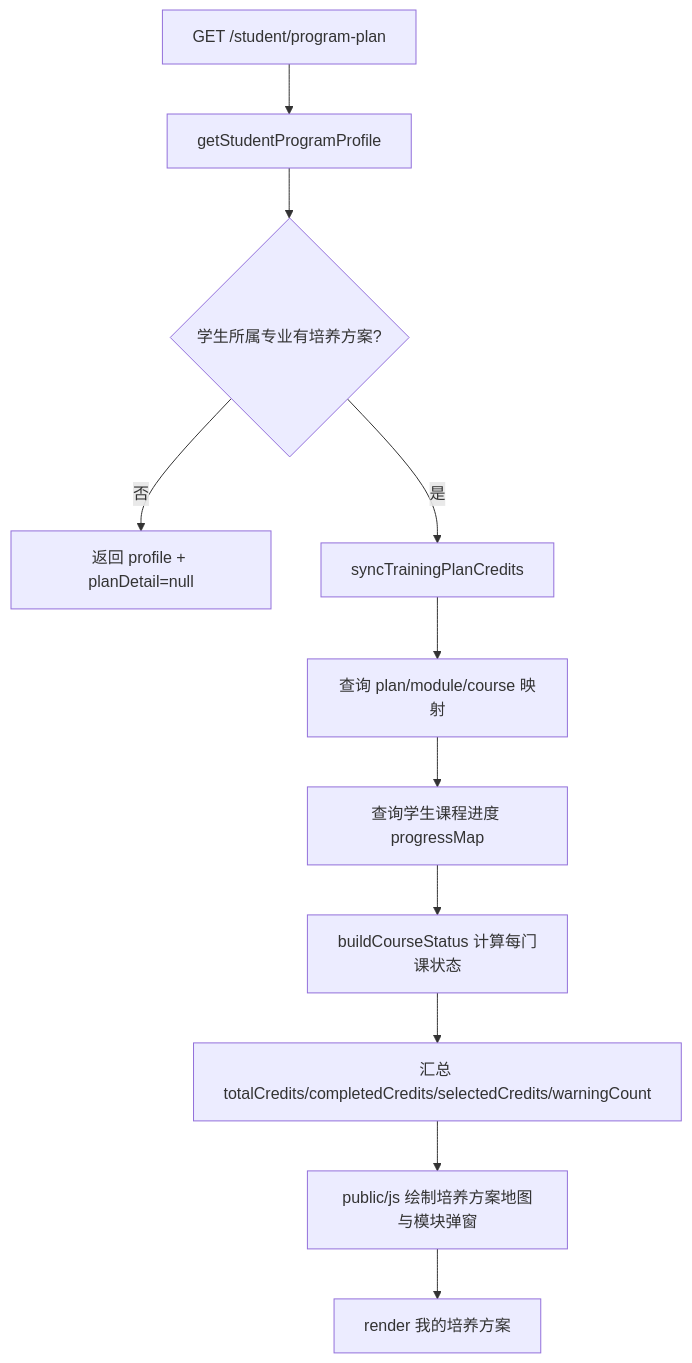
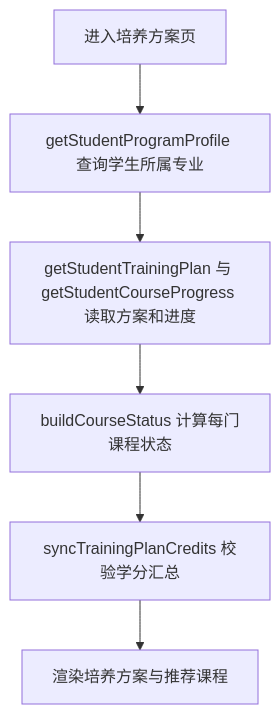
One commit to llkww/jiaoxue changed the ninth of 29 diagrams in docs/系统设计说明.md. Above: the diagram before and after it, drawn with Mermaid. The commit also changed other lines of this file and 1 other file, not shown here.

````diff
--- a/docs/系统设计说明.md
+++ b/docs/系统设计说明.md
@@ -607,13 +590,8 @@
 ```mermaid
 flowchart TD
-  A[GET /student/program-plan] --> B[getStudentProgramProfile]
-  B --> C{学生所属专业有培养方案?}
-  C -- 否 --> D[返回 profile + planDetail=null]
-  C -- 是 --> E[syncTrainingPlanCredits]
-  E --> F[查询 plan/module/course 映射]
-  F --> G[查询学生课程进度 progressMap]
-  G --> H[buildCourseStatus 计算每门课状态]
-  H --> I[汇总 totalCredits/completedCredits/selectedCredits/warningCount]
-  I --> J[public/js 绘制培养方案地图与模块弹窗]
-  J --> K[render 我的培养方案]
+  A[进入培养方案页] --> B[getStudentProgramProfile 查询学生所属专业]
+  B --> C[getStudentTrainingPlan 与 getStudentCourseProgress 读取方案和进度]
+  C --> D[buildCourseStatus 计算每门课程状态]
+  D --> E[syncTrainingPlanCredits 校验学分汇总]
+  E --> F[渲染培养方案与推荐课程]
 ```
````
